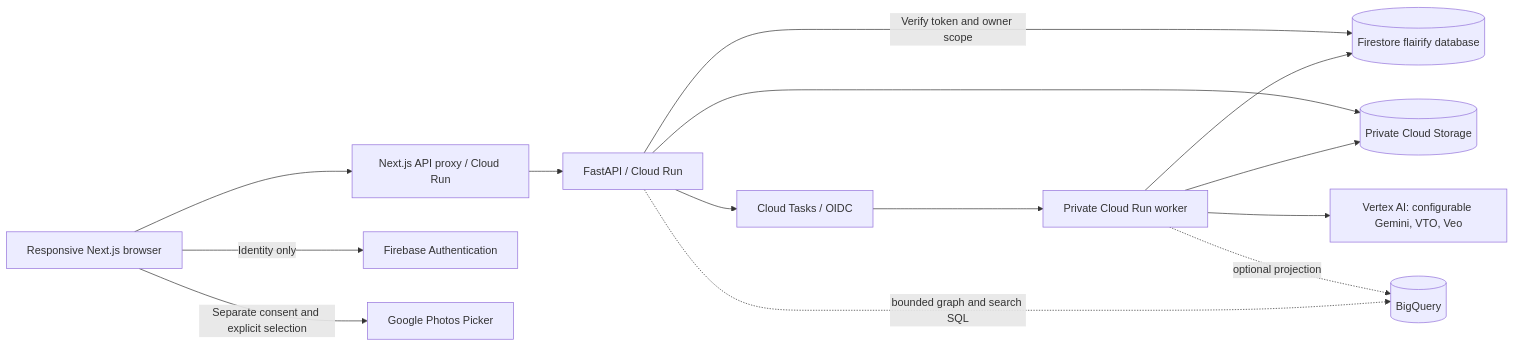
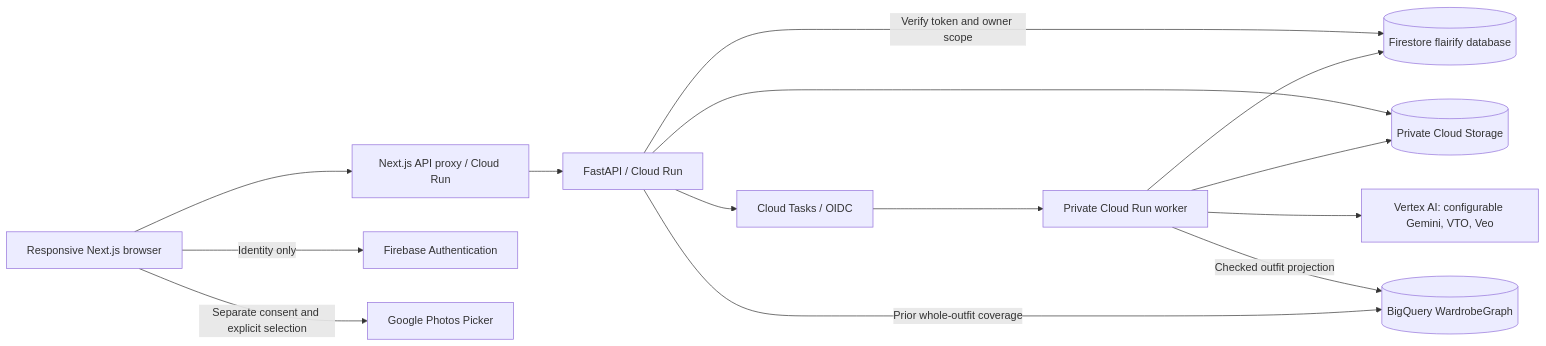
Before and after one commit to samwin-steve/Flairify-Backend: the diagram in docs/ARCHITECTURE.md, drawn with Mermaid. The commit also changed other lines of this file and 45 other files, not shown here.

Commit message:
Add Gemini Embedding 2 retrieval, ADK streaming and BigQuery wardrobe graph

````diff
--- a/docs/ARCHITECTURE.md
+++ b/docs/ARCHITECTURE.md
@@ -5,16 +5,16 @@
 ```mermaid
 flowchart LR
   B[Responsive Next.js browser] --> N[Next.js API proxy / Cloud Run]
   B -->|Identity only| F[Firebase Authentication]
   B -->|Separate consent and explicit selection| P[Google Photos Picker]
   N --> A[FastAPI / Cloud Run]
   A -->|Verify token and owner scope| FS[(Firestore flairify database)]
   A --> S[(Private Cloud Storage)]
   A --> T[Cloud Tasks / OIDC]
   T --> W[Private Cloud Run worker]
   W --> FS
   W --> S
   W --> V[Vertex AI: configurable Gemini, VTO, Veo]
-  W -. optional projection .-> Q[(BigQuery)]
-  A -. bounded graph and search SQL .-> Q
+  W -->|Checked outfit projection| Q[(BigQuery WardrobeGraph)]
+  A -->|Prior whole-outfit coverage| Q
 ```
````
